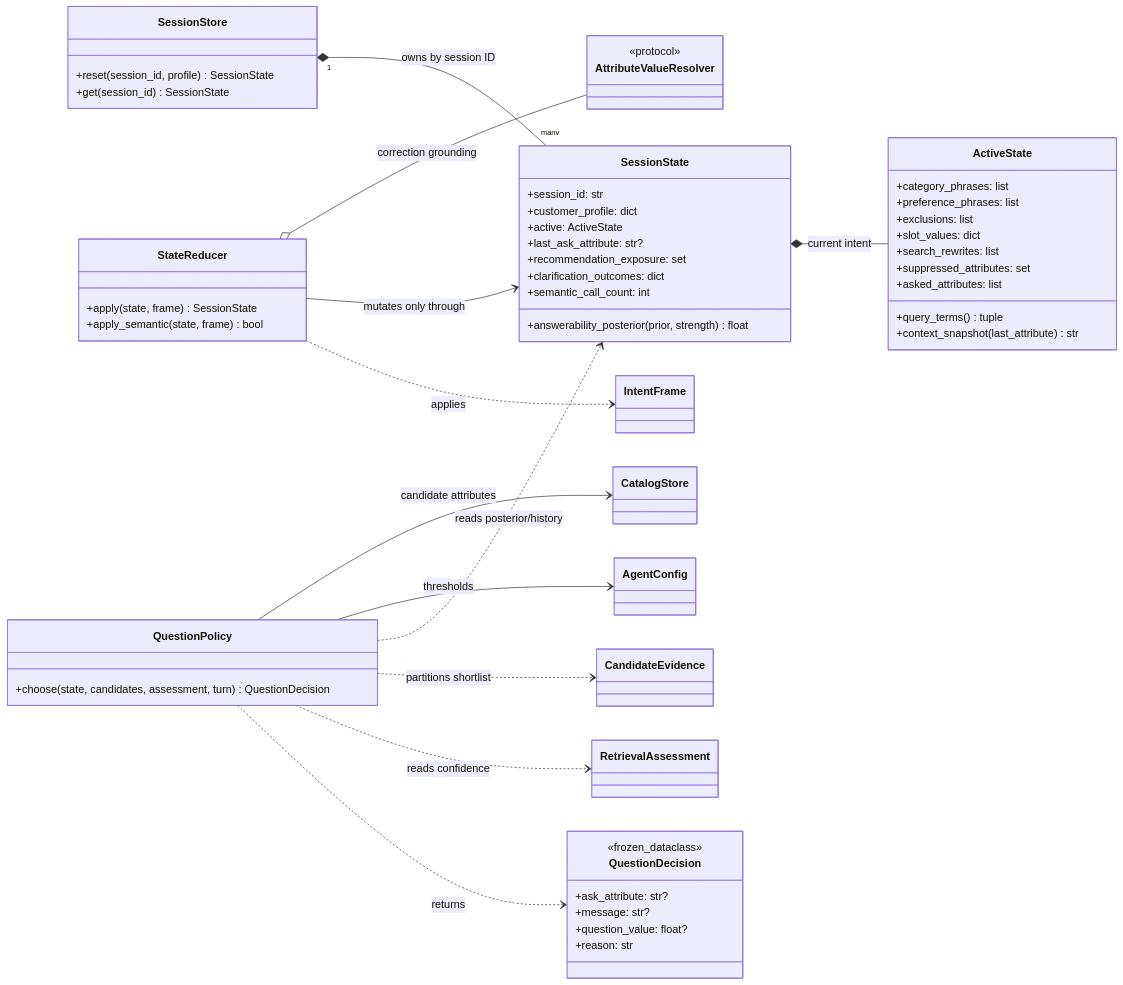
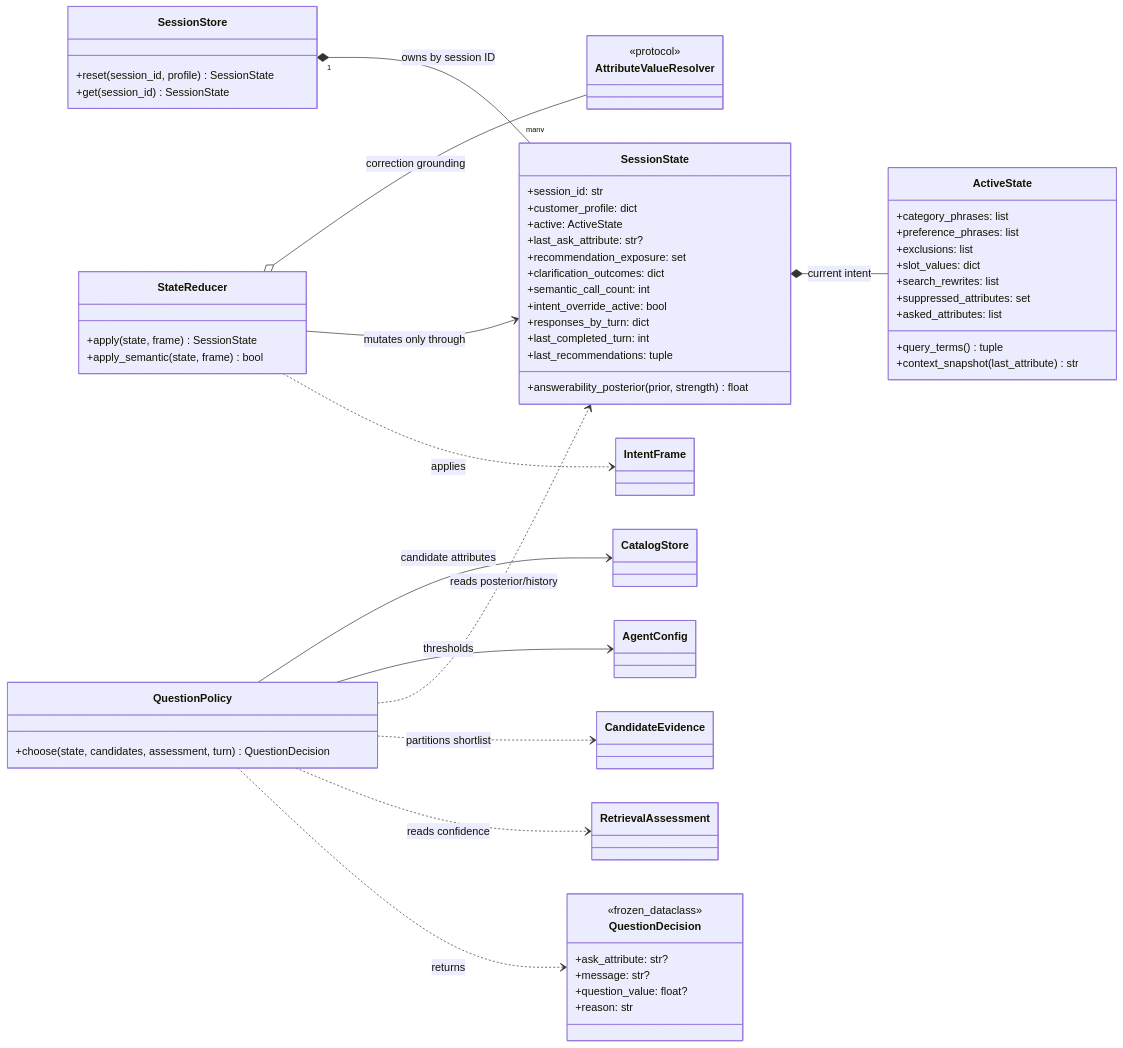
Before and after one commit to ash15khng/tiktok-techjam: the fifth of 8 diagrams in docs/class-diagrams.md, drawn with Mermaid. The commit also changed other lines of this file and 9 other files, not shown here.

````diff
--- a/docs/class-diagrams.md
+++ b/docs/class-diagrams.md
@@ -347,64 +349,68 @@
 ```mermaid
 classDiagram
     direction LR
 
     class ActiveState {
         +category_phrases: list
         +preference_phrases: list
         +exclusions: list
         +slot_values: dict
         +search_rewrites: list
         +suppressed_attributes: set
         +asked_attributes: list
         +query_terms() tuple
         +context_snapshot(last_attribute) str
     }
     class SessionState {
         +session_id: str
         +customer_profile: dict
         +active: ActiveState
         +last_ask_attribute: str?
         +recommendation_exposure: set
         +clarification_outcomes: dict
         +semantic_call_count: int
+        +intent_override_active: bool
+        +responses_by_turn: dict
+        +last_completed_turn: int
+        +last_recommendations: tuple
         +answerability_posterior(prior, strength) float
     }
     class SessionStore {
         +reset(session_id, profile) SessionState
         +get(session_id) SessionState
     }
     class StateReducer {
         +apply(state, frame) SessionState
         +apply_semantic(state, frame) bool
     }
     class QuestionDecision {
         <<frozen_dataclass>>
         +ask_attribute: str?
         +message: str?
         +question_value: float?
         +reason: str
     }
     class QuestionPolicy {
         +choose(state, candidates, assessment, turn) QuestionDecision
     }
     class IntentFrame
     class CandidateEvidence
     class RetrievalAssessment
     class CatalogStore
     class AgentConfig
     class AttributeValueResolver {
         <<protocol>>
     }
 
     SessionState *-- ActiveState : current intent
     SessionStore "1" *-- "many" SessionState : owns by session ID
     StateReducer o-- AttributeValueResolver : correction grounding
     StateReducer --> SessionState : mutates only through
     StateReducer ..> IntentFrame : applies
     QuestionPolicy --> CatalogStore : candidate attributes
     QuestionPolicy --> AgentConfig : thresholds
     QuestionPolicy ..> SessionState : reads posterior/history
     QuestionPolicy ..> CandidateEvidence : partitions shortlist
     QuestionPolicy ..> RetrievalAssessment : reads confidence
     QuestionPolicy ..> QuestionDecision : returns
 ```
````
